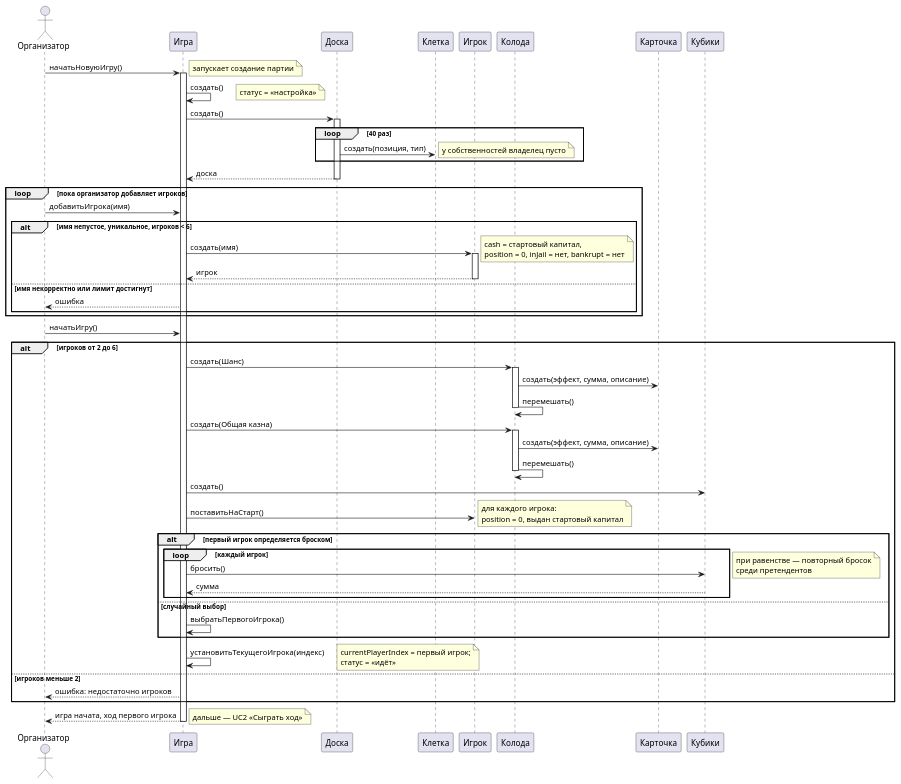
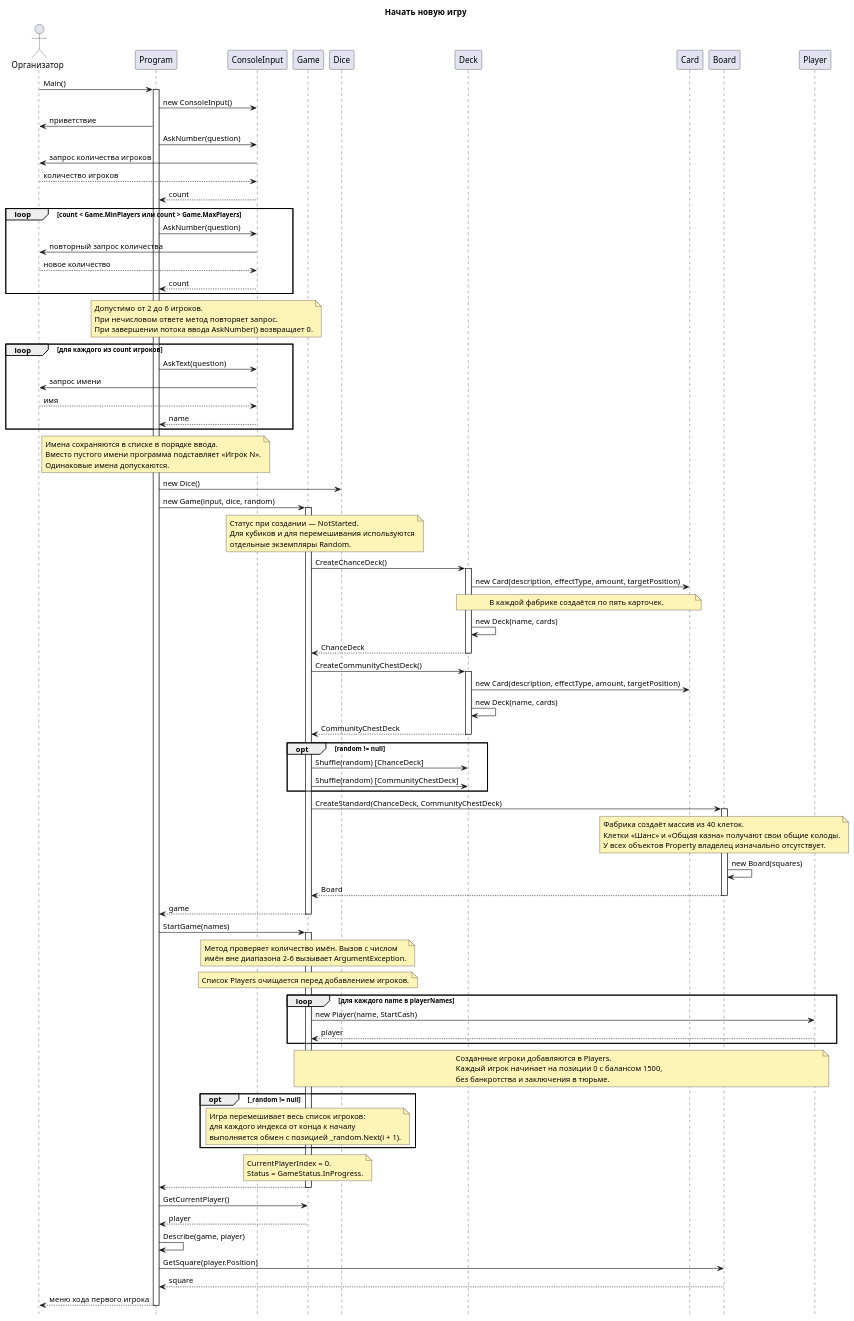
One commit to penamarth/bsbo-11-24_team4_var14_monopoly changed the diagram in прецеденты/Начать новую игру/Диаграмма последовательности Начать новую игру.puml. Above: the diagram before and after it, drawn with PlantUML. The commit also changed 22 other files, not shown here.

Commit message:
переделали агрегаты, puml диаграммы последовательности и подкоректировали описание прецедентов и программы

```diff
--- a/прецеденты/Начать новую игру/Диаграмма последовательности Начать новую игру.puml
+++ b/прецеденты/Начать новую игру/Диаграмма последовательности Начать новую игру.puml
@@ -1,81 +1,128 @@
 @startuml
+title Начать новую игру
+hide footbox
+skinparam noteBackgroundColor #FFF4B8
 
-actor "Организатор" as Пользователь
-participant "Игра" as Игра
-participant "Доска" as Доска
-participant "Клетка" as Клетка
-participant "Игрок" as Игрок
-participant "Колода" as Колода
-participant "Карточка" as Карточка
-participant "Кубики" as Кубики
+actor "Организатор" as Organizer
+participant Program
+participant ConsoleInput
+participant Game
+participant Dice
+participant Deck
+participant Card
+participant Board
+participant Player
 
-Пользователь -> Игра : начатьНовуюИгру()
-note right: запускает создание партии
-activate Игра
+Organizer -> Program : Main()
+activate Program
+Program -> ConsoleInput : new ConsoleInput()
+Program -> Organizer : приветствие
+Program -> ConsoleInput : AskNumber(question)
+ConsoleInput -> Organizer : запрос количества игроков
+Organizer --> ConsoleInput : количество игроков
+ConsoleInput --> Program : count
+loop count < Game.MinPlayers или count > Game.MaxPlayers
+    Program -> ConsoleInput : AskNumber(question)
+    ConsoleInput -> Organizer : повторный запрос количества
+    Organizer --> ConsoleInput : новое количество
+    ConsoleInput --> Program : count
+end
+note over Program, ConsoleInput
+  Допустимо от 2 до 6 игроков.
+  При нечисловом ответе метод повторяет запрос.
+  При завершении потока ввода AskNumber() возвращает 0.
+end note
 
-Игра -> Игра : создать()
-note right: статус = «настройка»
+loop для каждого из count игроков
+    Program -> ConsoleInput : AskText(question)
+    ConsoleInput -> Organizer : запрос имени
+    Organizer --> ConsoleInput : имя
+    ConsoleInput --> Program : name
+end
+note over Program
+  Имена сохраняются в списке в порядке ввода.
+  Вместо пустого имени программа подставляет «Игрок N».
+  Одинаковые имена допускаются.
+end note
 
-Игра -> Доска : создать()
-activate Доска
-loop 40 раз
-    Доска -> Клетка : создать(позиция, тип)
-    note right: у собственностей владелец пусто
-end
-Игра <-- Доска : доска
-deactivate Доска
+Program -> Dice : new Dice()
+Program -> Game : new Game(input, dice, random)
+activate Game
+note over Game, Dice
+  Статус при создании — NotStarted.
+  Для кубиков и для перемешивания используются
+  отдельные экземпляры Random.
+end note
 
-loop пока организатор добавляет игроков
-    Пользователь -> Игра : добавитьИгрока(имя)
-    alt имя непустое, уникальное, игроков < 6
-        Игра -> Игрок : создать(имя)
-        activate Игрок
-        note right: cash = стартовый капитал,\nposition = 0, inJail = нет, bankrupt = нет
-        Игра <-- Игрок : игрок
-        deactivate Игрок
-    else имя некорректно или лимит достигнут
-        Пользователь <-- Игра : ошибка
-    end
+Game -> Deck : CreateChanceDeck()
+activate Deck
+Deck -> Card : new Card(description, effectType, amount, targetPosition)
+note over Deck, Card : В каждой фабрике создаётся по пять карточек.
+Deck -> Deck : new Deck(name, cards)
+Deck --> Game : ChanceDeck
+deactivate Deck
+
+Game -> Deck : CreateCommunityChestDeck()
+activate Deck
+Deck -> Card : new Card(description, effectType, amount, targetPosition)
+Deck -> Deck : new Deck(name, cards)
+Deck --> Game : CommunityChestDeck
+deactivate Deck
+
+opt random != null
+    Game -> Deck : Shuffle(random) [ChanceDeck]
+    Game -> Deck : Shuffle(random) [CommunityChestDeck]
 end
 
-Пользователь -> Игра : начатьИгру()
+Game -> Board : CreateStandard(ChanceDeck, CommunityChestDeck)
+activate Board
+note over Board
+  Фабрика создаёт массив из 40 клеток.
+  Клетки «Шанс» и «Общая казна» получают свои общие колоды.
+  У всех объектов Property владелец изначально отсутствует.
+end note
+Board -> Board : new Board(squares)
+Board --> Game : Board
+deactivate Board
+Game --> Program : game
+deactivate Game
 
-alt игроков от 2 до 6
-    Игра -> Колода : создать(Шанс)
-    activate Колода
-    Колода -> Карточка : создать(эффект, сумма, описание)
-    Колода -> Колода : перемешать()
-    deactivate Колода
+Program -> Game : StartGame(names)
+activate Game
+note over Game
+  Метод проверяет количество имён. Вызов с числом
+  имён вне диапазона 2–6 вызывает ArgumentException.
+end note
+note over Game : Список Players очищается перед добавлением игроков.
+loop для каждого name в playerNames
+    Game -> Player : new Player(name, StartCash)
+    Player --> Game : player
+end
+note over Game, Player
+  Созданные игроки добавляются в Players.
+  Каждый игрок начинает на позиции 0 с балансом 1500,
+  без банкротства и заключения в тюрьме.
+end note
+opt _random != null
+    note over Game
+      Игра перемешивает весь список игроков:
+      для каждого индекса от конца к началу
+      выполняется обмен с позицией _random.Next(i + 1).
+    end note
+end
+note over Game
+  CurrentPlayerIndex = 0.
+  Status = GameStatus.InProgress.
+end note
+Game --> Program
+deactivate Game
 
-    Игра -> Колода : создать(Общая казна)
-    activate Колода
-    Колода -> Карточка : создать(эффект, сумма, описание)
-    Колода -> Колода : перемешать()
-    deactivate Колода
-
-    Игра -> Кубики : создать()
-
-    Игра -> Игрок : поставитьНаСтарт()
-    note right: для каждого игрока:\nposition = 0, выдан стартовый капитал
-
-    alt первый игрок определяется броском
-        loop каждый игрок
-            Игра -> Кубики : бросить()
-            Игра <-- Кубики : сумма
-        end
-        note right: при равенстве — повторный бросок\nсреди претендентов
-    else случайный выбор
-        Игра -> Игра : выбратьПервогоИгрока()
-    end
-
-    Игра -> Игра : установитьТекущегоИгрока(индекс)
-    note right: currentPlayerIndex = первый игрок;\nстатус = «идёт»
-else игроков меньше 2
-    Пользователь <-- Игра : ошибка: недостаточно игроков
-end
-
-Пользователь <-- Игра : игра начата, ход первого игрока
-note right: дальше — UC2 «Сыграть ход»
-deactivate Игра
+Program -> Game : GetCurrentPlayer()
+Game --> Program : player
+Program -> Program : Describe(game, player)
+Program -> Board : GetSquare(player.Position)
+Board --> Program : square
+Program --> Organizer : меню хода первого игрока
+deactivate Program
 
 @enduml
```
